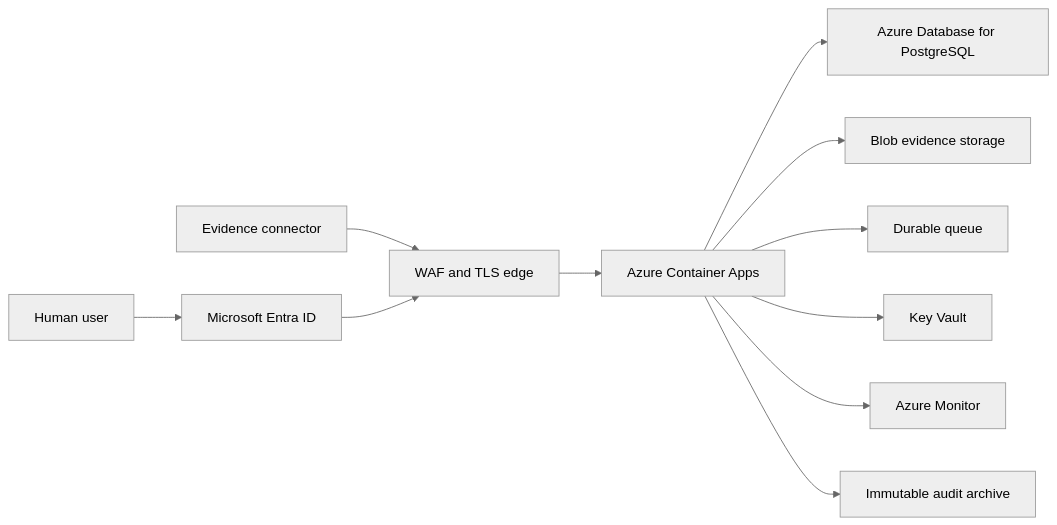
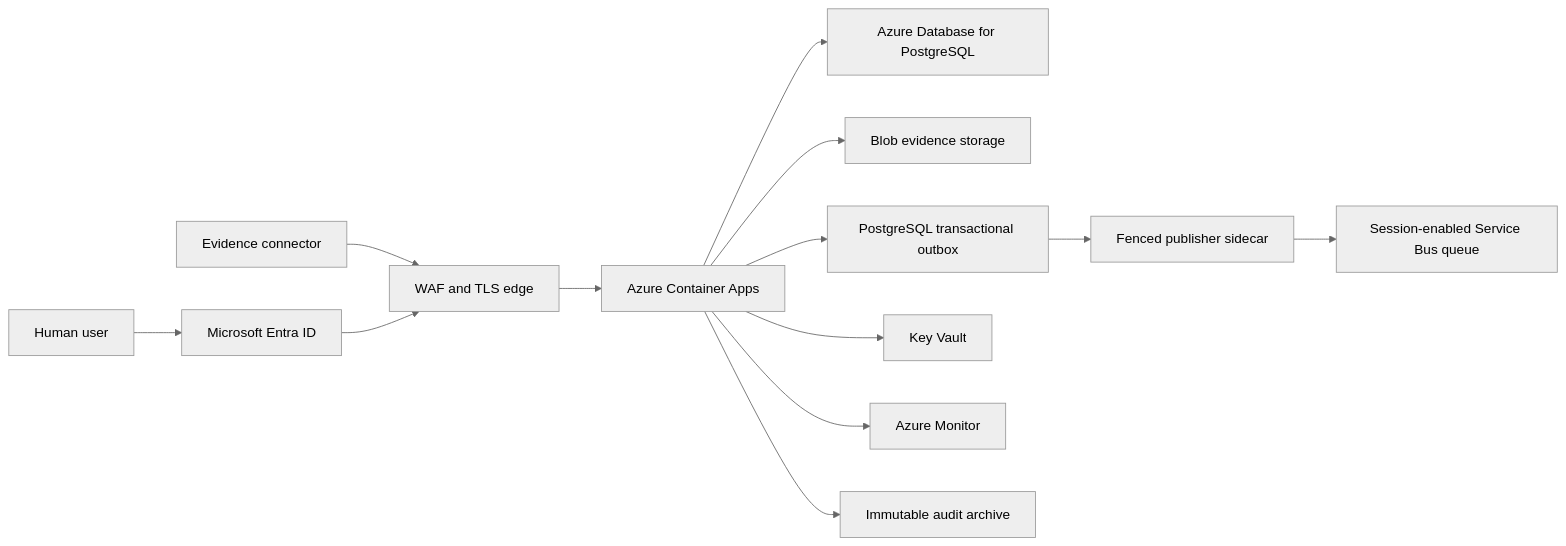
One commit to SuriyaBoon/SentinelGRC changed the diagram in docs/azure-production-pilot.md. Above: the diagram before and after it, drawn with Mermaid (neutral theme). The commit also changed other lines of this file and 19 other files, not shown here.

Commit message:
Add recoverable Service Bus outbox delivery (#23)

````diff
--- a/docs/azure-production-pilot.md
+++ b/docs/azure-production-pilot.md
@@ -40,13 +49,15 @@
 ```mermaid
 flowchart LR
     User["Human user"] --> Entra["Microsoft Entra ID"]
     Agent["Evidence connector"] --> Edge["WAF and TLS edge"]
     Entra --> Edge
     Edge --> App["Azure Container Apps"]
     App --> Pg["Azure Database for PostgreSQL"]
     App --> Blob["Blob evidence storage"]
-    App --> Queue["Durable queue"]
+    App --> Outbox["PostgreSQL transactional outbox"]
+    Outbox --> Worker["Fenced publisher sidecar"]
+    Worker --> Queue["Session-enabled Service Bus queue"]
     App --> Vault["Key Vault"]
     App --> Monitor["Azure Monitor"]
     App --> Worm["Immutable audit archive"]
 ```
````
